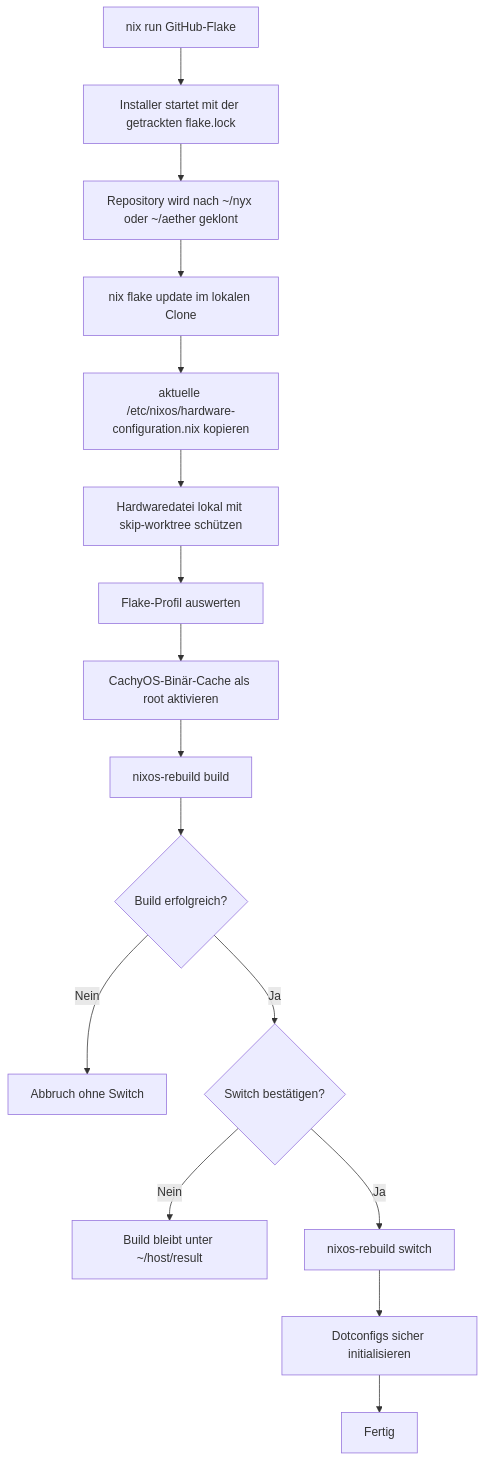
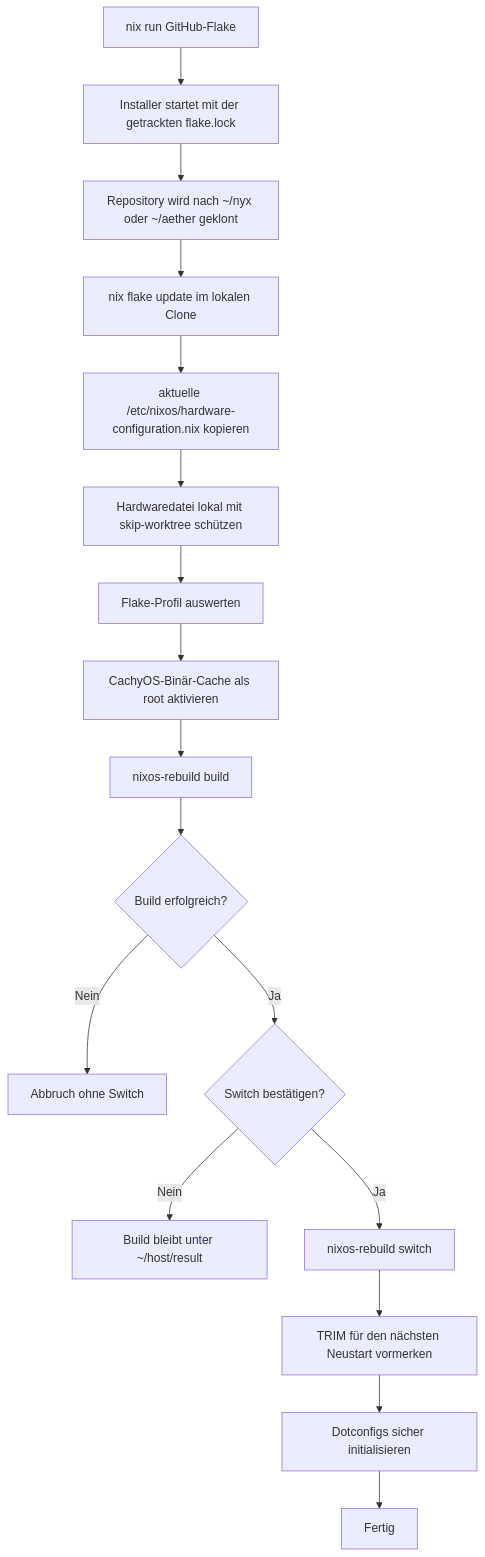
The second of 5 diagrams in README.md (madebycli/nix-config), drawn with Mermaid before and after one commit. The commit also changed other lines of this file and 6 other files, not shown here.

````diff
--- a/README.md
+++ b/README.md
@@ -131,18 +147,19 @@
 ```mermaid
 flowchart TD
     A["nix run GitHub-Flake"] --> B["Installer startet mit der getrackten flake.lock"]
     B --> C["Repository wird nach ~/nyx oder ~/aether geklont"]
     C --> D["nix flake update im lokalen Clone"]
     D --> E["aktuelle /etc/nixos/hardware-configuration.nix kopieren"]
     E --> F["Hardwaredatei lokal mit skip-worktree schützen"]
     F --> G["Flake-Profil auswerten"]
     G --> H["CachyOS-Binär-Cache als root aktivieren"]
     H --> I["nixos-rebuild build"]
     I --> J{"Build erfolgreich?"}
     J -- Nein --> K["Abbruch ohne Switch"]
     J -- Ja --> L{"Switch bestätigen?"}
     L -- Nein --> M["Build bleibt unter ~/host/result"]
     L -- Ja --> N["nixos-rebuild switch"]
-    N --> O["Dotconfigs sicher initialisieren"]
+    N --> T["TRIM für den nächsten Neustart vormerken"]
+    T --> O["Dotconfigs sicher initialisieren"]
     O --> P["Fertig"]
 ```
````
